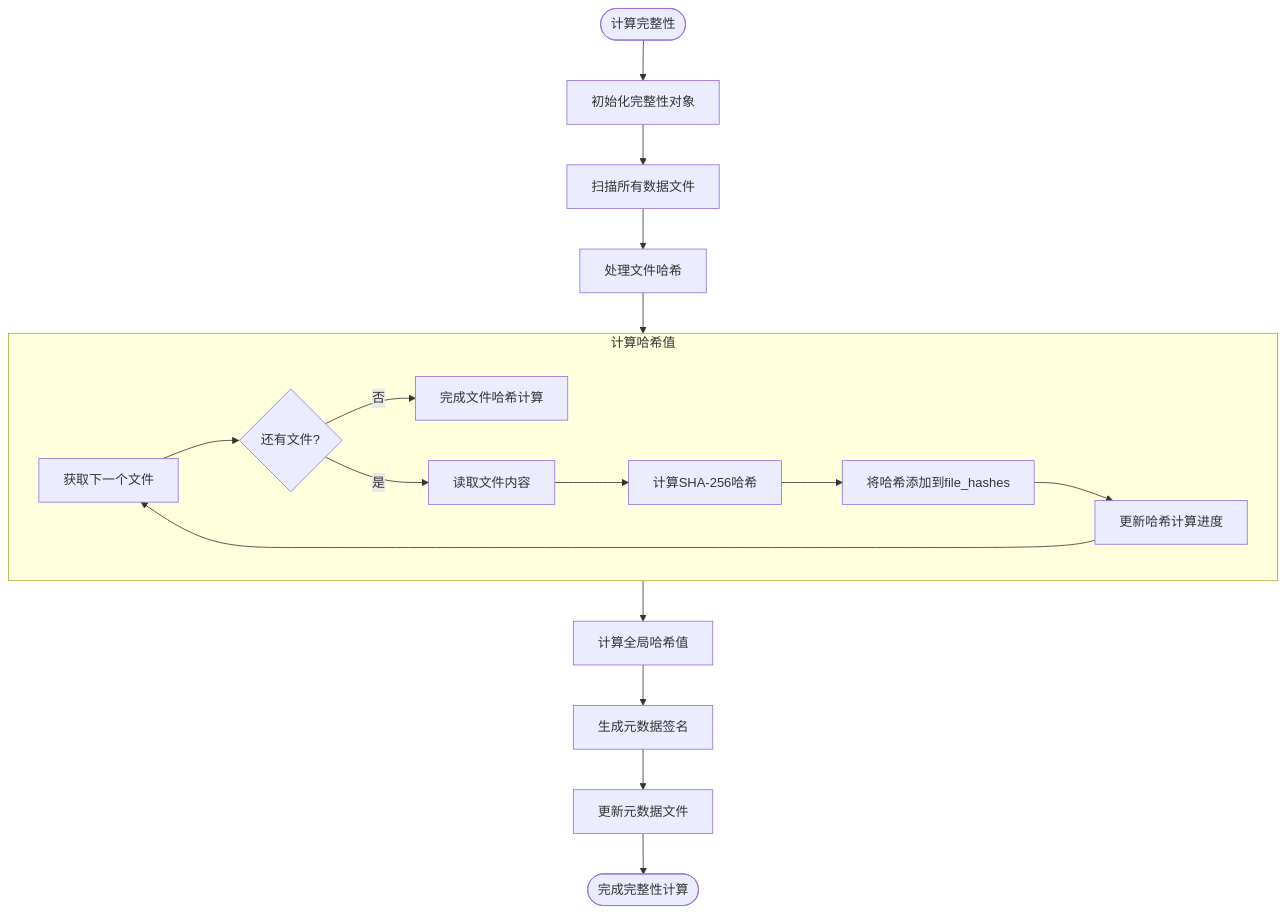
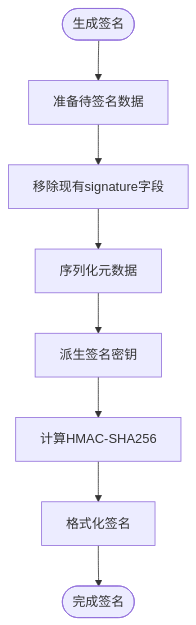
One commit to yingjianzh/iodraw-files changed the diagram in all/未命名-52.md. Above: the diagram before and after it, drawn with Mermaid.

Commit message:
2025-05-09 15:04:54 update

````diff
--- a/all/未命名-52.md
+++ b/all/未命名-52.md
@@ -1,24 +1,10 @@
 ```mermaid
 flowchart TD
-    Start([计算完整性]) --> InitIntegrity[初始化完整性对象]
-    InitIntegrity --> ScanFiles[扫描所有数据文件]
-    ScanFiles --> ProcessFiles[处理文件哈希]
-    
-    subgraph HashCalculation [计算哈希值]
-        PF1[获取下一个文件] --> PF2{还有文件?}
-        PF2 -->|否| PF7[完成文件哈希计算]
-        PF2 -->|是| PF3[读取文件内容]
-        PF3 --> PF4[计算SHA-256哈希]
-        PF4 --> PF5[将哈希添加到file_hashes]
-        PF5 --> PF6[更新哈希计算进度]
-        PF6 --> PF1
-    end
-    
-    ProcessFiles --> HashCalculation
-    
-    HashCalculation --> CalculateGlobalHash[计算全局哈希值]
-    CalculateGlobalHash --> GenerateSignature[生成元数据签名]
-    
-    GenerateSignature --> UpdateMetadata[更新元数据文件]
-    UpdateMetadata --> End([完成完整性计算])
+    Start([生成签名]) --> PrepareData[准备待签名数据]
+    PrepareData --> RemoveSignature[移除现有signature字段]
+    RemoveSignature --> SerializeMetadata[序列化元数据]
+    SerializeMetadata --> DeriveSigningKey[派生签名密钥]
+    DeriveSigningKey --> ComputeHMAC[计算HMAC-SHA256]
+    ComputeHMAC --> FormatSignature[格式化签名]
+    FormatSignature --> End([完成签名])
 ```
````
